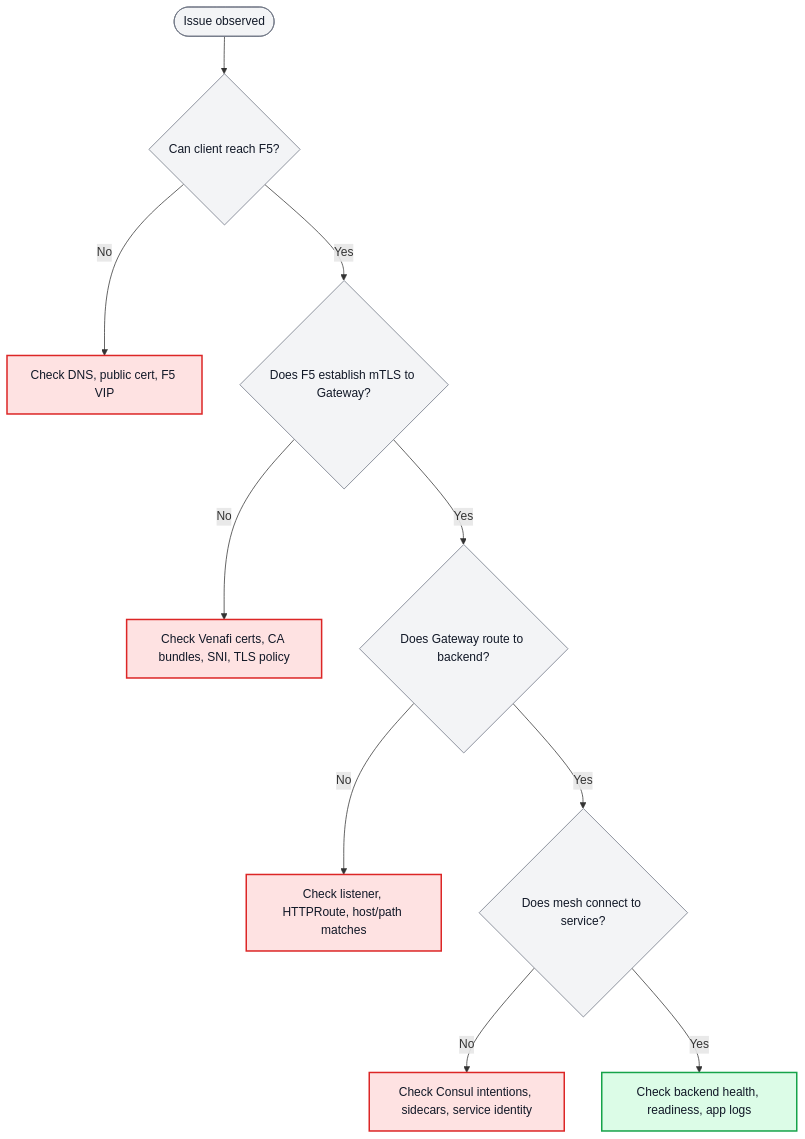
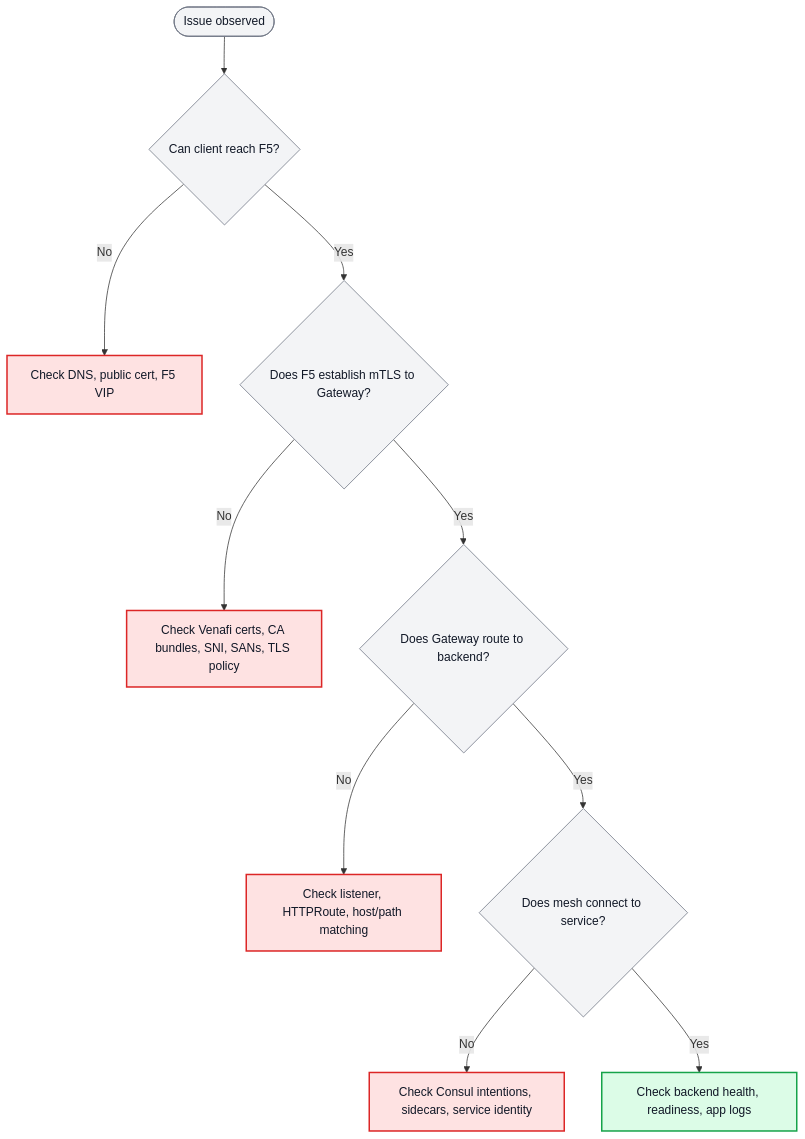
Before and after one commit to chris-lovett/API-Gateway-mTLS: the seventh of 7 diagrams in docs/architecture-diagram.md, drawn with Mermaid. The commit also changed other lines of this file and 1 other file, not shown here.

Commit message:
Rewrite architecture docs into overview and operator deep dive

````diff
--- a/docs/architecture-diagram.md
+++ b/docs/architecture-diagram.md
@@ -494,20 +418,20 @@
 ```mermaid
 flowchart TD
     start([Issue observed]) --> q1{Can client reach F5?}
     q1 -- No --> a1[Check DNS, public cert, F5 VIP]
     q1 -- Yes --> q2{Does F5 establish mTLS to Gateway?}
-    q2 -- No --> a2[Check Venafi certs, CA bundles, SNI, TLS policy]
+    q2 -- No --> a2[Check Venafi certs, CA bundles, SNI, SANs, TLS policy]
     q2 -- Yes --> q3{Does Gateway route to backend?}
-    q3 -- No --> a3[Check listener, HTTPRoute, host/path matches]
+    q3 -- No --> a3[Check listener, HTTPRoute, host/path matching]
     q3 -- Yes --> q4{Does mesh connect to service?}
     q4 -- No --> a4[Check Consul intentions, sidecars, service identity]
     q4 -- Yes --> a5[Check backend health, readiness, app logs]
 
     classDef gray fill:#f3f4f6,stroke:#6b7280,stroke-width:1px,color:#111827;
     classDef red fill:#fee2e2,stroke:#dc2626,stroke-width:2px,color:#111827;
     classDef green fill:#dcfce7,stroke:#16a34a,stroke-width:2px,color:#111827;
 
     class start,q1,q2,q3,q4 gray;
     class a1,a2,a3,a4 red;
     class a5 green;
 ```
````
